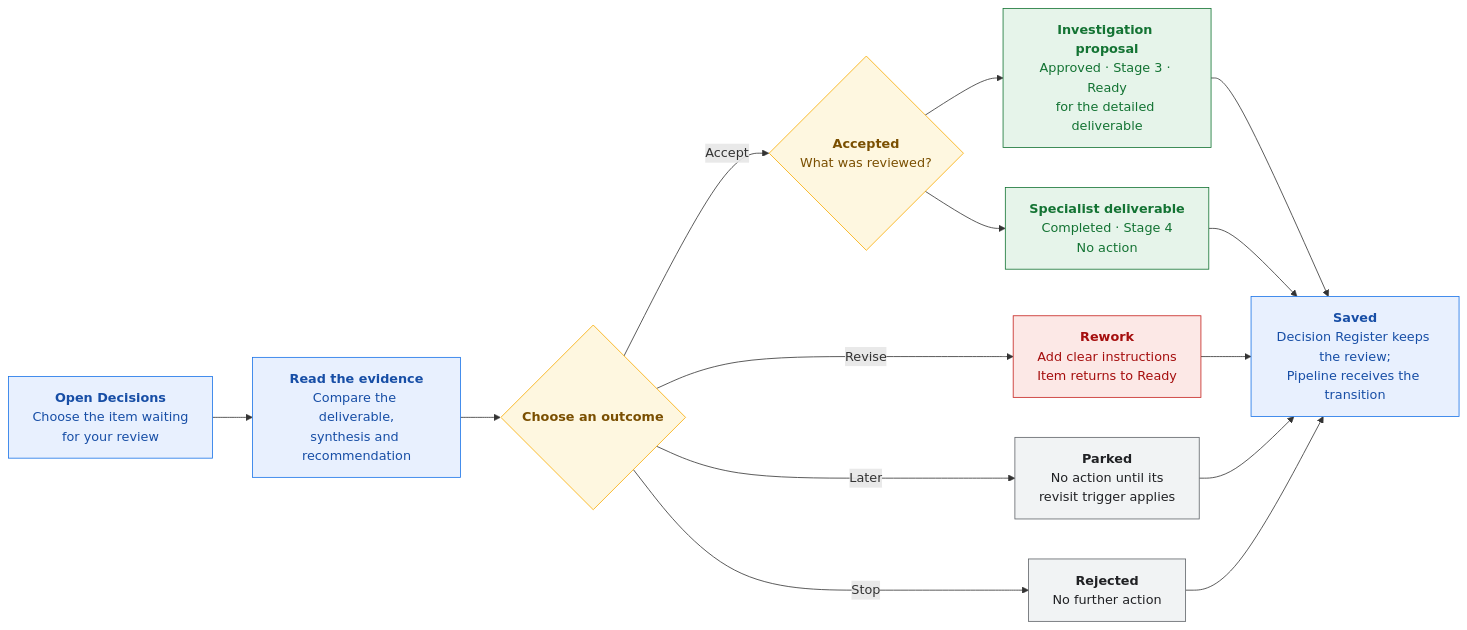
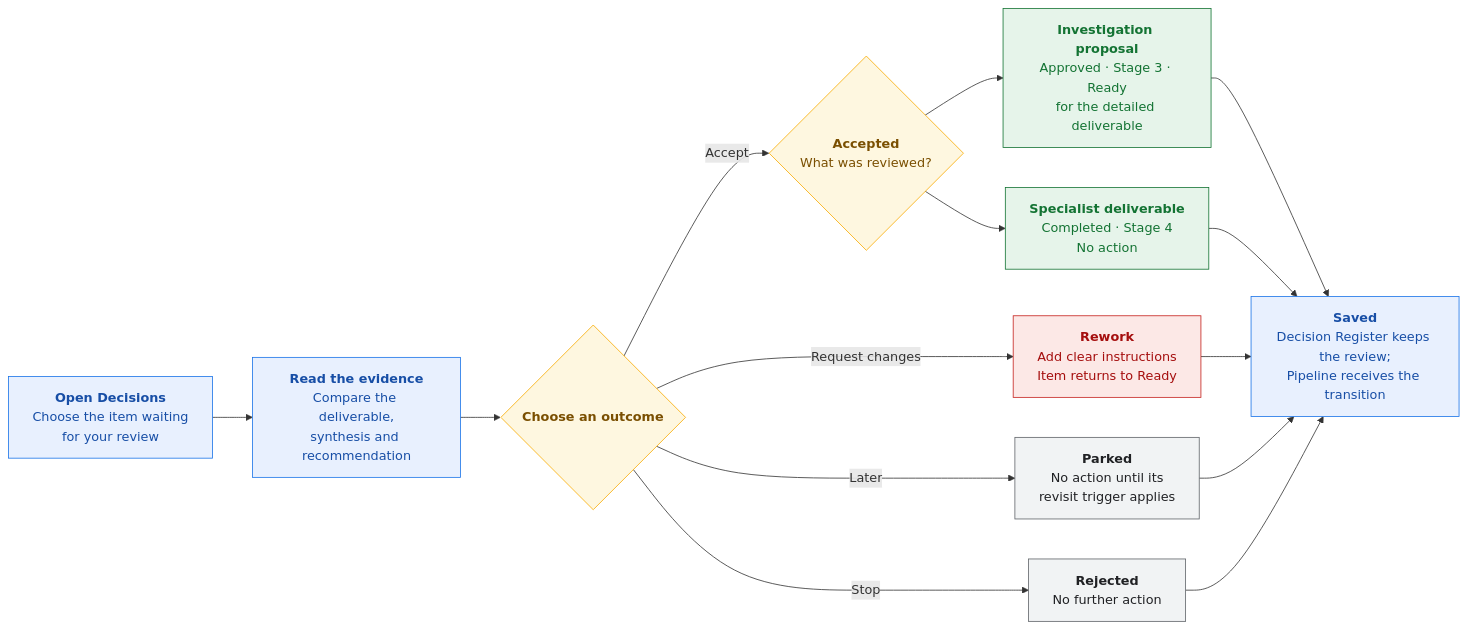
Before and after one commit to Welladino/Horology: the diagram in docs/runbook/subscription-agents/workflow_operations.md, drawn with Mermaid. The commit also changed other lines of this file and 16 other files, not shown here.

````diff
--- a/docs/runbook/subscription-agents/workflow_operations.md
+++ b/docs/runbook/subscription-agents/workflow_operations.md
@@ -35,37 +35,37 @@
 ```mermaid
 flowchart LR
   open["<b>Open Decisions</b><br/>Choose the item waiting<br/>for your review"]
   read["<b>Read the evidence</b><br/>Compare the deliverable,<br/>synthesis and recommendation"]
   choose{"<b>Choose an outcome</b>"}
   accepted{"<b>Accepted</b><br/>What was reviewed?"}
   proposal["<b>Investigation proposal</b><br/>Approved · Stage 3 · Ready<br/>for the detailed deliverable"]
   complete["<b>Specialist deliverable</b><br/>Completed · Stage 4<br/>No action"]
   rework["<b>Rework</b><br/>Add clear instructions<br/>Item returns to Ready"]
   parked["<b>Parked</b><br/>No action until its<br/>revisit trigger applies"]
   rejected["<b>Rejected</b><br/>No further action"]
   saved["<b>Saved</b><br/>Decision Register keeps the review;<br/>Pipeline receives the transition"]
 
   open --> read --> choose
   choose -->|Accept| accepted
   accepted --> proposal
   accepted --> complete
-  choose -->|Revise| rework
+  choose -->|Request changes| rework
   choose -->|Later| parked
   choose -->|Stop| rejected
   proposal --> saved
   complete --> saved
   rework --> saved
   parked --> saved
   rejected --> saved
 
   classDef action fill:#e8f0fe,stroke:#1a73e8,color:#174ea6
   classDef decision fill:#fef7e0,stroke:#f9ab00,color:#7a4f01
   classDef success fill:#e6f4ea,stroke:#137333,color:#137333
   classDef revise fill:#fce8e6,stroke:#c5221f,color:#a50e0e
   classDef neutral fill:#f1f3f4,stroke:#5f6368,color:#202124
   class open,read,saved action
   class choose,accepted decision
   class proposal,complete success
   class rework revise
   class parked,rejected neutral
 ```
````
